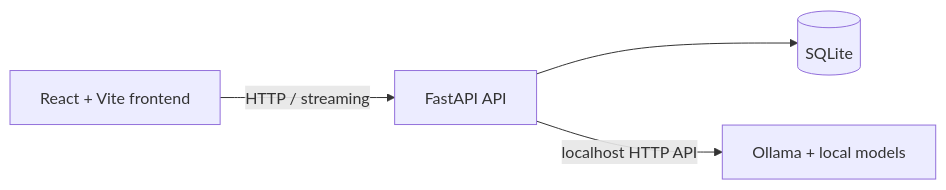
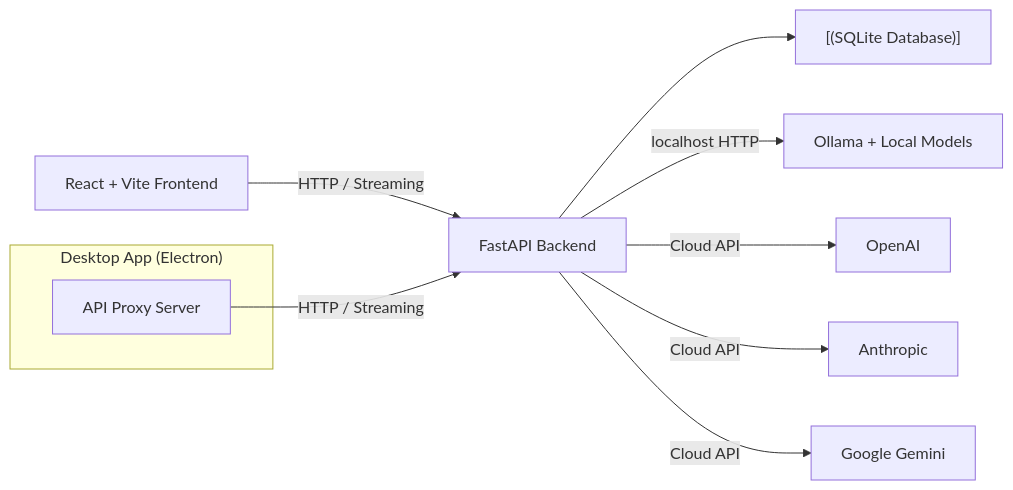
One commit to LukaG712/Neo changed the diagram in README.md. Above: the diagram before and after it, drawn with Mermaid. The commit also changed other lines of this file and 19 other files, not shown here.

````diff
--- a/README.md
+++ b/README.md
@@ -50,6 +164,13 @@
 ```mermaid
 flowchart LR
-    Browser[React + Vite frontend] -->|HTTP / streaming| API[FastAPI API]
-    API --> DB[(SQLite)]
-    API -->|localhost HTTP API| Ollama[Ollama + local models]
+    subgraph Desktop["Desktop App (Electron)"]
+        Proxy["API Proxy Server"]
+    end
+    Browser["React + Vite Frontend"] -->|HTTP / Streaming| API["FastAPI Backend"]
+    Proxy -->|HTTP / Streaming| API
+    API --> DB["[(SQLite Database)]"]
+    API -->|localhost HTTP| Ollama["Ollama + Local Models"]
+    API -->|Cloud API| OpenAI["OpenAI"]
+    API -->|Cloud API| Anthropic["Anthropic"]
+    API -->|Cloud API| Gemini["Google Gemini"]
 ```
````
